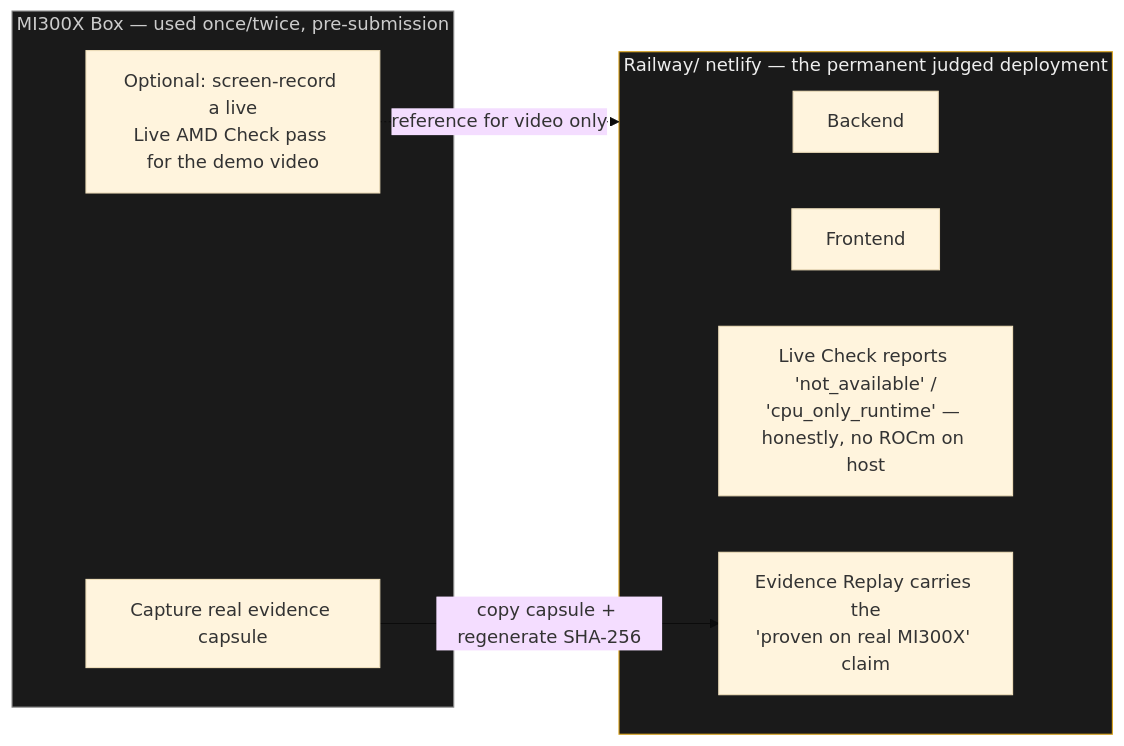
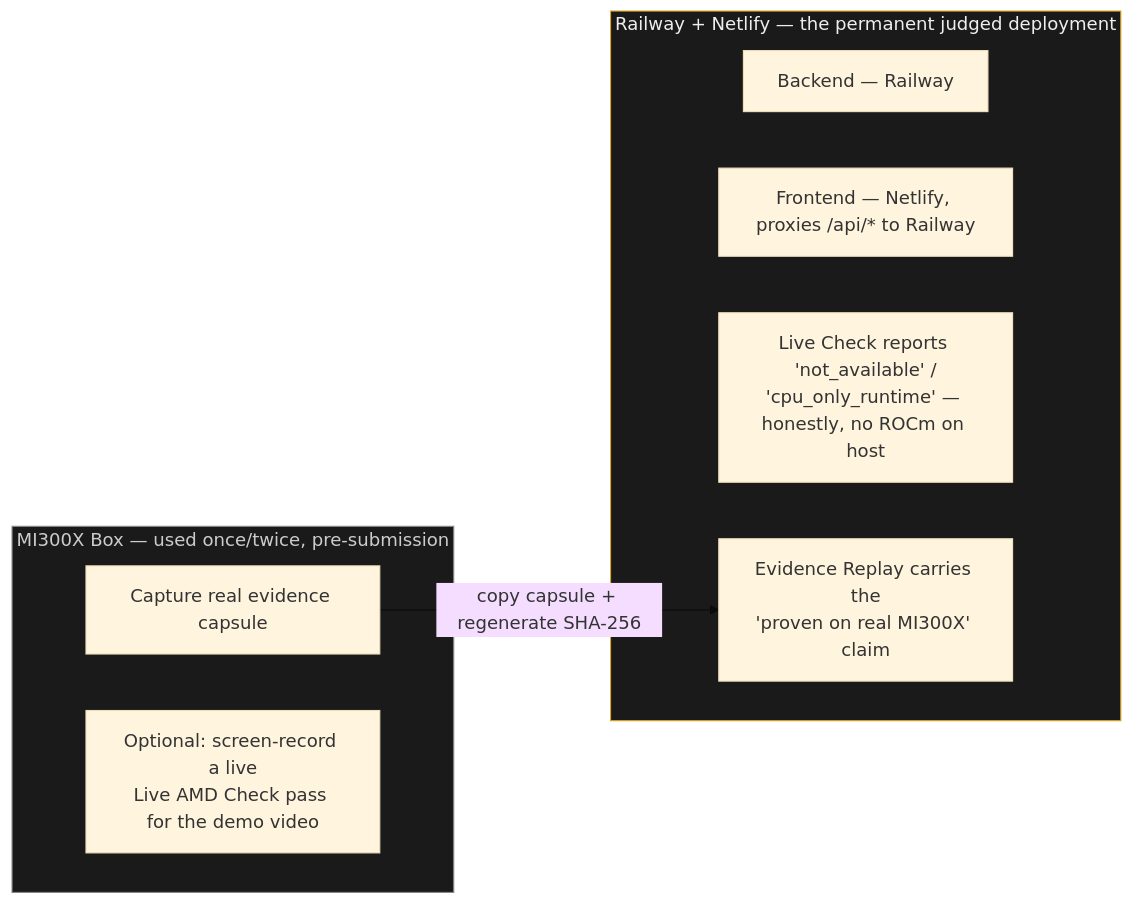
One commit to FabianS10/Reaper-Eagle-Forge-AMD-readiness-cockpit changed the fourth of 4 diagrams in README.md. Above: the diagram before and after it, drawn with Mermaid (base theme). The commit also changed other lines of this file, not shown here.

First line of the commit message:
Clarify Docker Compose and deployment details in README

````diff
--- a/README.md
+++ b/README.md
@@ -183,20 +186,19 @@
 ```mermaid
 flowchart LR
     subgraph MI["MI300X Box — used once/twice, pre-submission"]
         Cap[Capture real evidence capsule]
         Rec[Optional: screen-record a live<br/>Live AMD Check pass for the demo video]
     end
 
-    subgraph Perm["Railway/ netlify — the permanent judged deployment"]
-        BE[Backend]
-        FE[Frontend]
+    subgraph Perm["Railway + Netlify — the permanent judged deployment"]
+        BE[Backend — Railway]
+        FE[Frontend — Netlify, proxies /api/* to Railway]
         LiveP[Live Check reports 'not_available' /<br/>'cpu_only_runtime' — honestly, no ROCm on host]
         ReplayP[Evidence Replay carries the<br/>'proven on real MI300X' claim]
     end
 
     Cap -->|copy capsule + regenerate SHA-256| ReplayP
-    Rec -.reference for video only.-> Perm
 
     style MI fill:#1a1a1a,stroke:#888,color:#ccc
     style Perm fill:#1a1a1a,stroke:#DAA520,color:#eee
 ```
````
